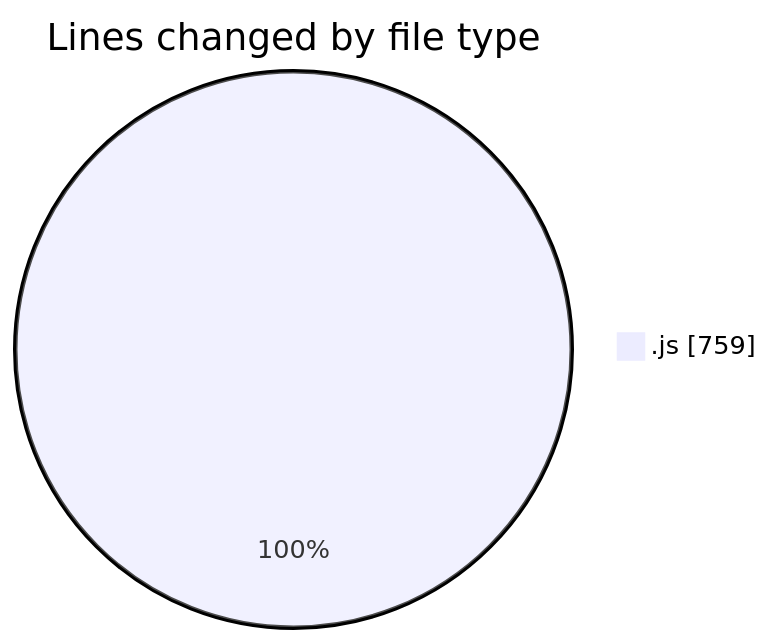
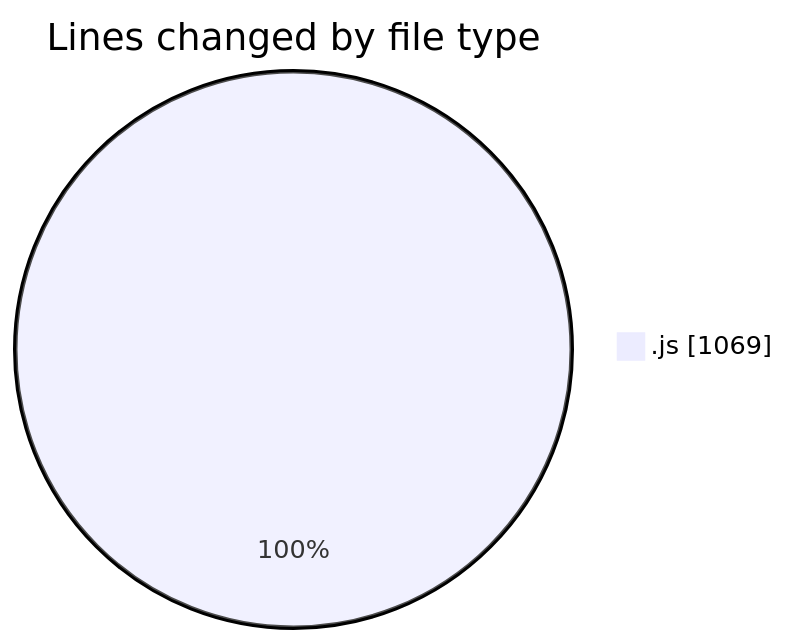
One commit to nxtqubesakshisongat/code-tracking changed the first of 2 diagrams in 2025-06-19/nxtqube_webapp/README.md. Above: the diagram before and after it, drawn with Mermaid. The commit also changed other lines of this file and 1 other file, not shown here.

````diff
--- a/2025-06-19/nxtqube_webapp/README.md
+++ b/2025-06-19/nxtqube_webapp/README.md
@@ -29,5 +31,5 @@
 ```mermaid
 pie showData
 title Lines changed by file type
-".js" : 759
+".js" : 1069
 ```
````
